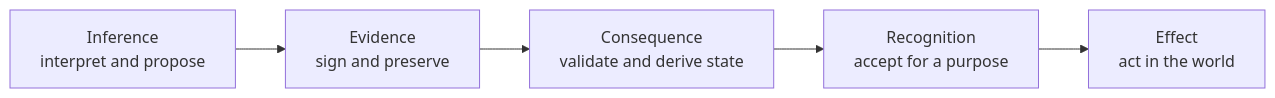
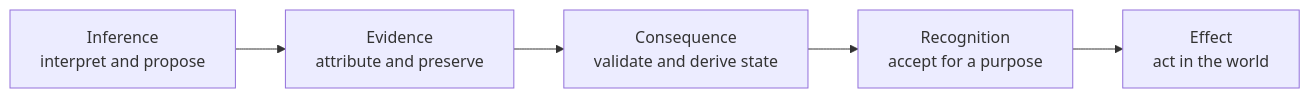
One commit to trbouma/openetr changed the diagram in docs-site/policy-briefs/from-inference-to-consequence.md. Above: the diagram before and after it, drawn with Mermaid. The commit also changed other lines of this file, not shown here.

````diff
--- a/docs-site/policy-briefs/from-inference-to-consequence.md
+++ b/docs-site/policy-briefs/from-inference-to-consequence.md
@@ -70,7 +51,7 @@
 ```mermaid
 flowchart LR
-    A[Inference<br/>interpret and propose] --> B[Evidence<br/>sign and preserve]
+    A[Inference<br/>interpret and propose] --> B[Evidence<br/>attribute and preserve]
     B --> C[Consequence<br/>validate and derive state]
     C --> D[Recognition<br/>accept for a purpose]
     D --> E[Effect<br/>act in the world]
 ```
````
